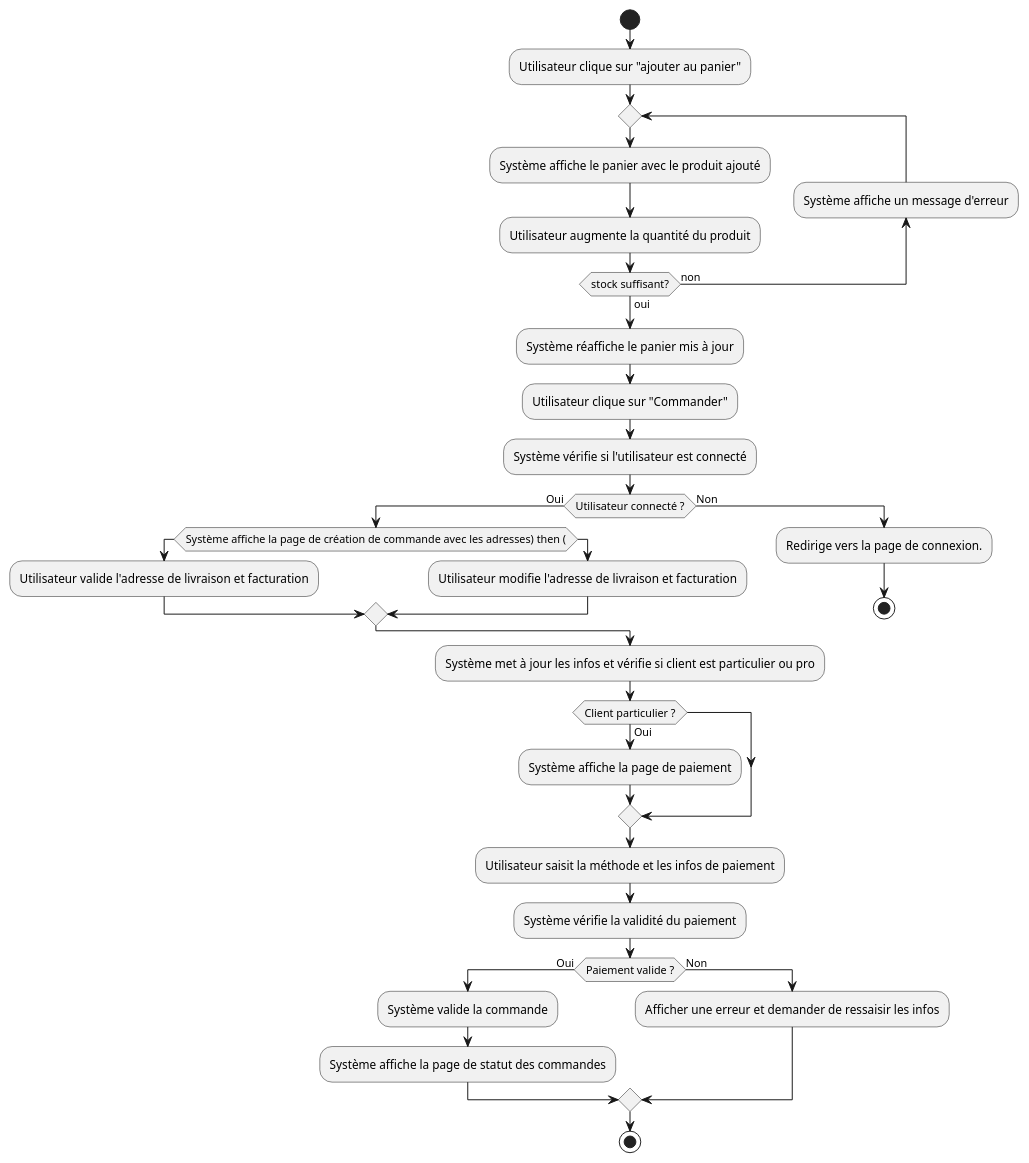
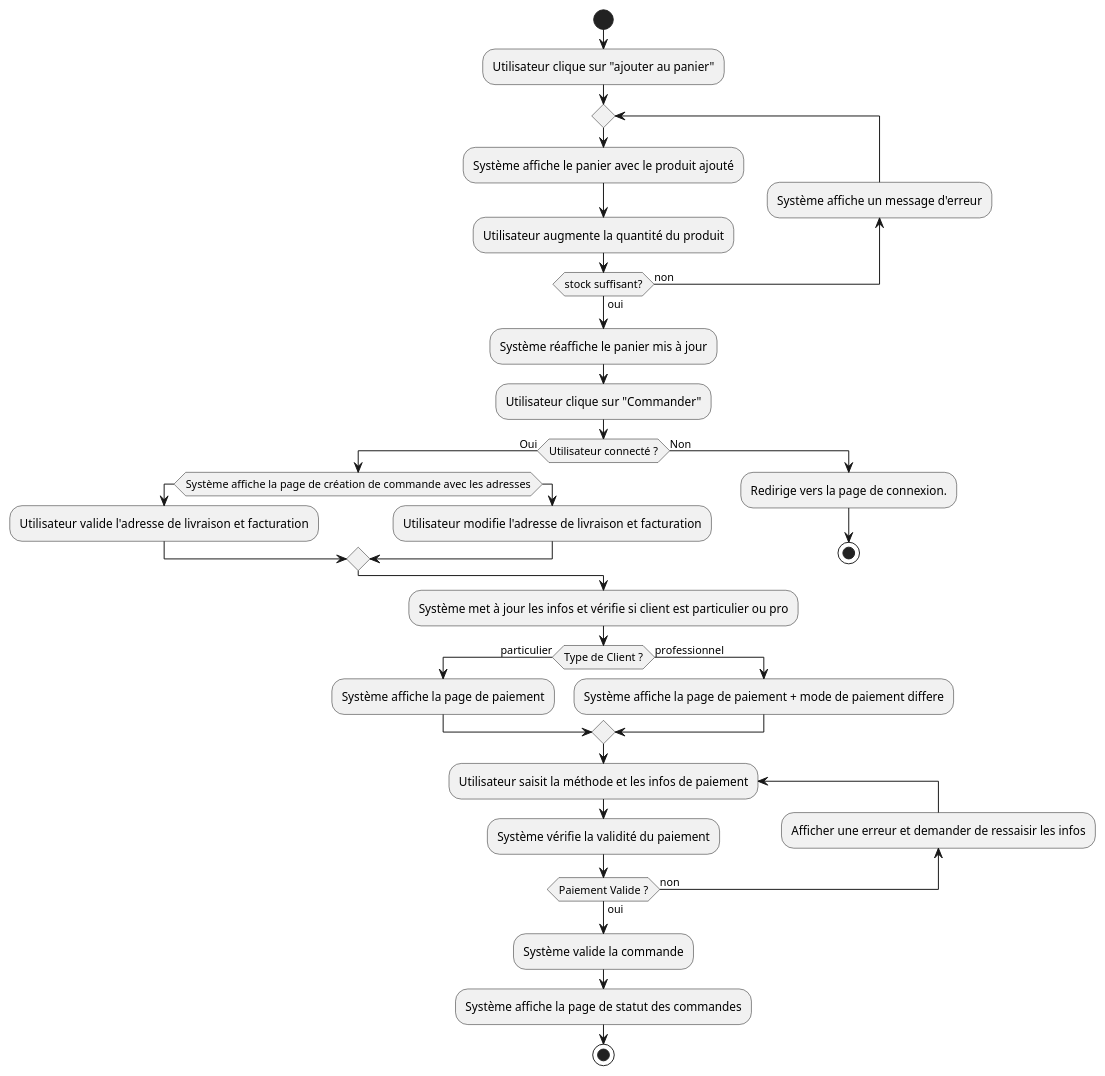
Before and after one commit to SjSlayde/greenvillage: the diagram in modelisation/UML/cas utilisation/test.puml, drawn with PlantUML.

Commit message:
Diagramme d'activite fait

```diff
--- a/modelisation/UML/cas utilisation/test.puml
+++ b/modelisation/UML/cas utilisation/test.puml
@@ -1,47 +1,46 @@
 @startuml test
 
 start 
 
 :Utilisateur clique sur "ajouter au panier";
 repeat
 :Système affiche le panier avec le produit ajouté;
 
 :Utilisateur augmente la quantité du produit;
 
 backward :Système affiche un message d'erreur;
 repeat while (stock suffisant?) is (non) not (oui)
 
 :Système réaffiche le panier mis à jour;
 
 :Utilisateur clique sur "Commander";
-:Système vérifie si l'utilisateur est connecté;
 
 if (Utilisateur connecté ?) then (Oui)
-    if (Système affiche la page de création de commande avec les adresses) then ()
+    if (Système affiche la page de création de commande avec les adresses)
     :Utilisateur valide l'adresse de livraison et facturation;
     else ()
     :Utilisateur modifie l'adresse de livraison et facturation;
     endif
 else (Non)
     :Redirige vers la page de connexion.;
     stop
 endif
 
 :Système met à jour les infos et vérifie si client est particulier ou pro;
 
-if (Client particulier ?) then (Oui)
+if (Type de Client ?) then (particulier)
     :Système affiche la page de paiement;
+    else(professionnel)
+    :Système affiche la page de paiement + mode de paiement differe;
 endif
 
-:Utilisateur saisit la méthode et les infos de paiement;
+repeat :Utilisateur saisit la méthode et les infos de paiement;
 :Système vérifie la validité du paiement;
 
-if (Paiement valide ?) then (Oui)
+backward :Afficher une erreur et demander de ressaisir les infos;
+repeat while (Paiement Valide ?) is (non) not (oui)
     :Système valide la commande;
     :Système affiche la page de statut des commandes;
-else (Non)
-    :Afficher une erreur et demander de ressaisir les infos;
-endif
 
 stop
 @enduml
```
